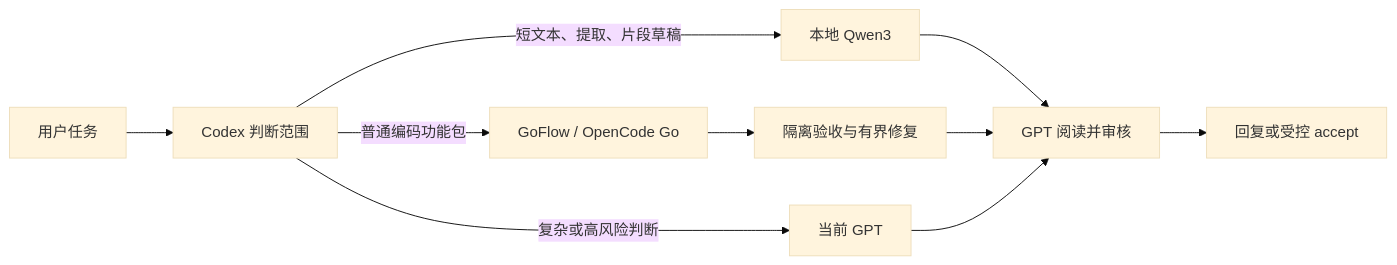
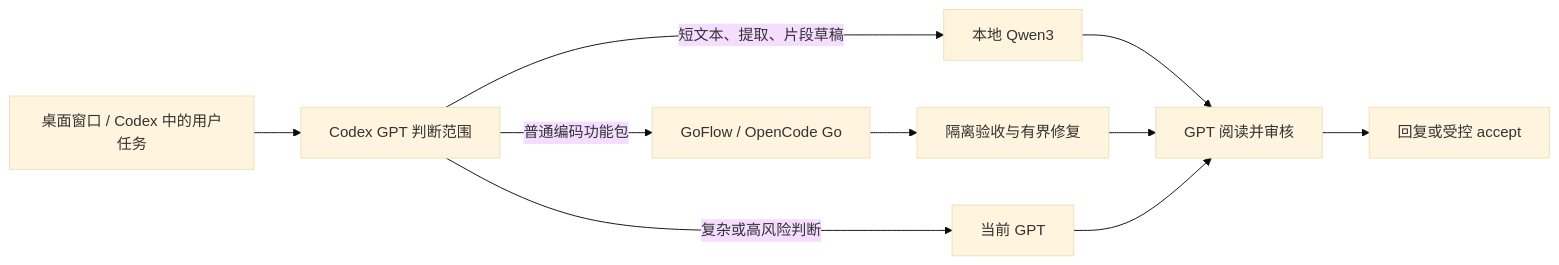
Before and after one commit to DrEli7/local-ai-goflow: the diagram in README.md, drawn with Mermaid (base theme). The commit also changed other lines of this file and 19 other files, not shown here.

````diff
--- a/README.md
+++ b/README.md
@@ -9,12 +9,12 @@
 ```mermaid
 flowchart LR
-    U[用户任务] --> C[Codex 判断范围]
+    U[桌面窗口 / Codex 中的用户任务] --> C[Codex GPT 判断范围]
     C -->|短文本、提取、片段草稿| L[本地 Qwen3]
     C -->|普通编码功能包| G[GoFlow / OpenCode Go]
     C -->|复杂或高风险判断| R[当前 GPT]
     L --> V[GPT 阅读并审核]
     G --> T[隔离验收与有界修复]
     T --> V
     V --> A[回复或受控 accept]
     R --> V
 ```
````
